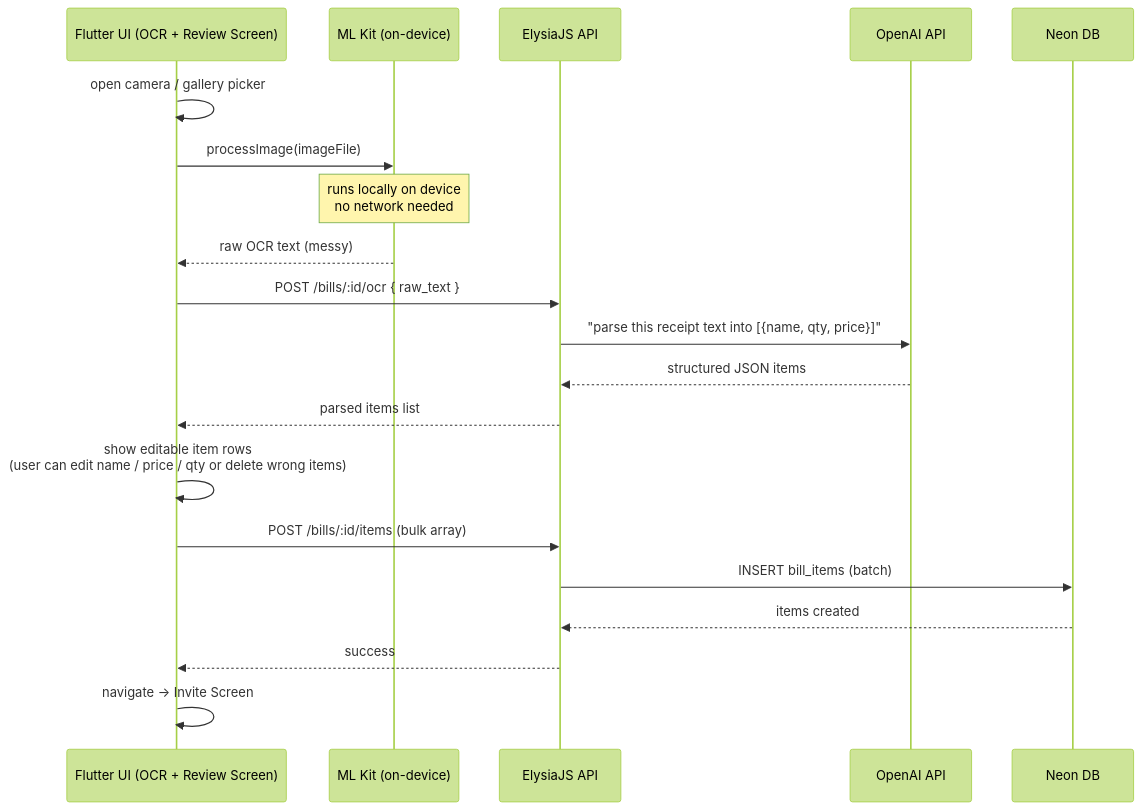
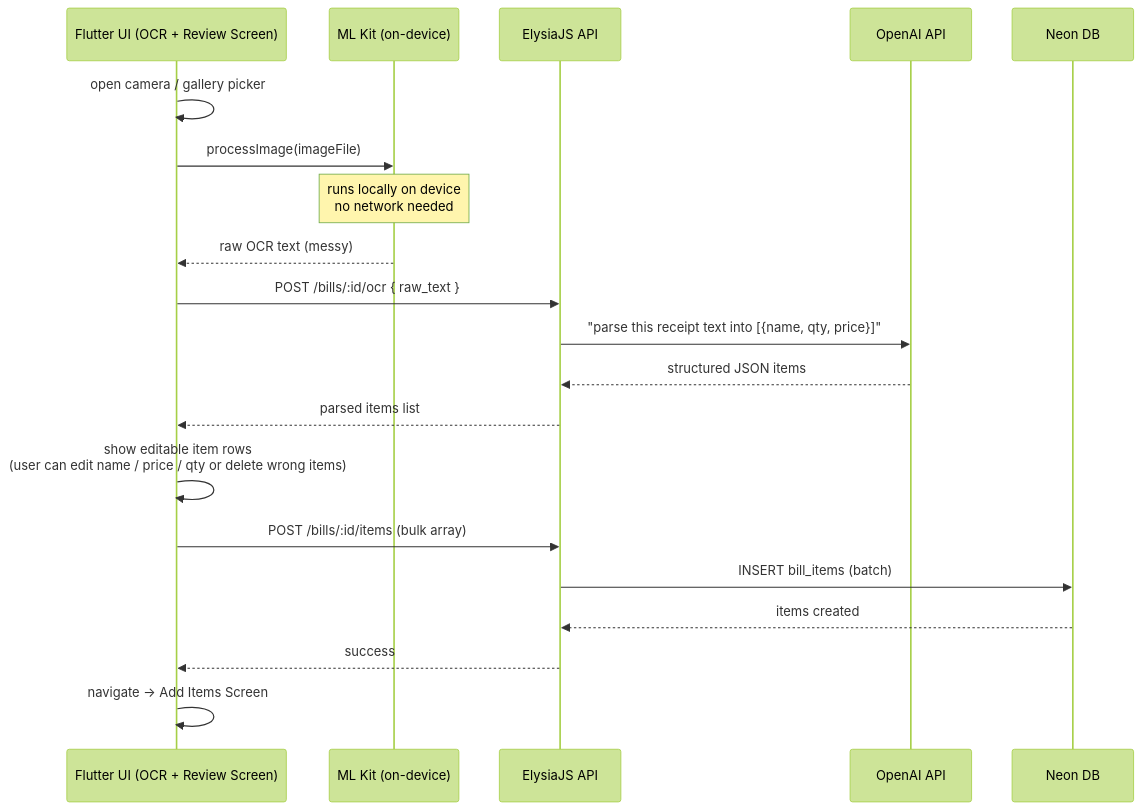
The diagram in docs/03_ocr_flow.mermaid (TunyatapVich/cs356_billgang_project), drawn with Mermaid (forest theme) before and after one commit. The commit also changed 9 other files, not shown here.

Commit message:
refactor: transition to API-based item operations, update flow documentation, and add cache invalidation for bills on auth state changes

```diff
--- a/docs/03_ocr_flow.mermaid
+++ b/docs/03_ocr_flow.mermaid
@@ -1,24 +1,24 @@
 sequenceDiagram
     participant UI as Flutter UI (OCR + Review Screen)
     participant MLKit as ML Kit (on-device)
     participant API as ElysiaJS API
     participant LLM as OpenAI API
     participant DB as Neon DB
 
     UI->>UI: open camera / gallery picker
     UI->>MLKit: processImage(imageFile)
     Note over MLKit: runs locally on device<br/>no network needed
     MLKit-->>UI: raw OCR text (messy)
 
     UI->>API: POST /bills/:id/ocr { raw_text }
     API->>LLM: "parse this receipt text into [{name, qty, price}]"
     LLM-->>API: structured JSON items
     API-->>UI: parsed items list
 
     UI->>UI: show editable item rows<br/>(user can edit name / price / qty or delete wrong items)
 
     UI->>API: POST /bills/:id/items (bulk array)
     API->>DB: INSERT bill_items (batch)
     DB-->>API: items created
     API-->>UI: success
-    UI->>UI: navigate → Invite Screen
+    UI->>UI: navigate → Add Items Screen
```
